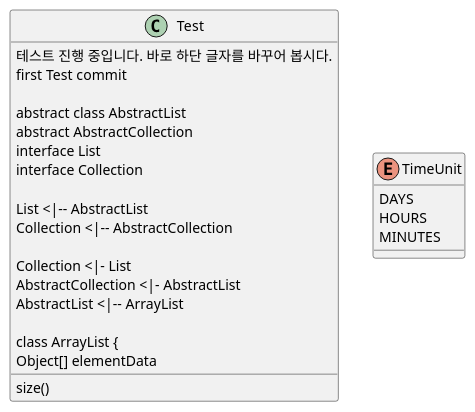
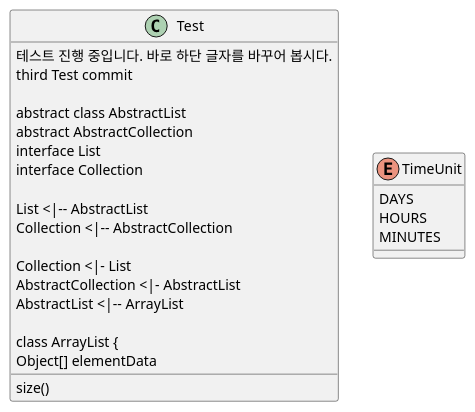
Before and after one commit to PTUnique/PTUniqueTeam2: the diagram in architecture.puml, drawn with PlantUML.

Commit message:
수정:: architecture.puml first -> third

```diff
--- a/architecture.puml
+++ b/architecture.puml
@@ -1,30 +1,30 @@
 @startuml
 
 class Test{
 테스트 진행 중입니다. 바로 하단 글자를 바꾸어 봅시다.
-first Test commit
+third Test commit
 
 abstract class AbstractList
 abstract AbstractCollection
 interface List
 interface Collection
 
 List <|-- AbstractList
 Collection <|-- AbstractCollection
 
 Collection <|- List
 AbstractCollection <|- AbstractList
 AbstractList <|-- ArrayList
 
 class ArrayList {
 Object[] elementData
 size()
 }
 
 enum TimeUnit {
 DAYS
 HOURS
 MINUTES
 }
 
 @enduml
```
